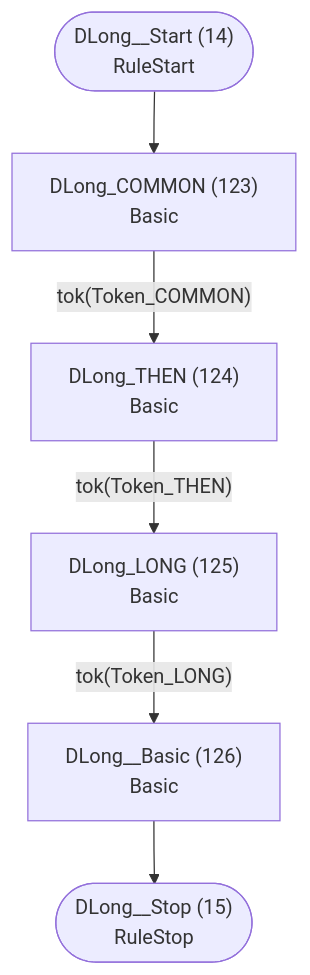
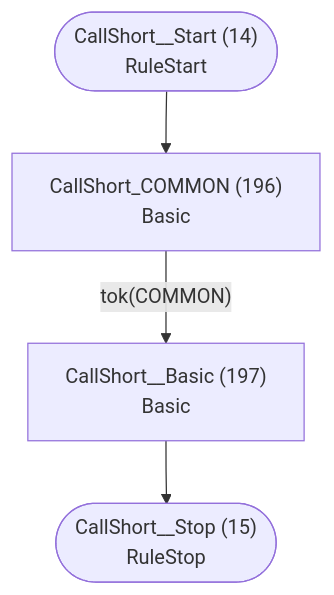
The eighth of 46 diagrams in internal/languages/completion/atn.md (TypeFox/fastbelt), drawn with Mermaid before and after one commit. The commit also changed other lines of this file and 58 other files, not shown here.

````diff
--- a/internal/languages/completion/atn.md
+++ b/internal/languages/completion/atn.md
@@ -250,15 +317,11 @@
 ```mermaid
 flowchart TD
-    q14(["DLong__Start (14)<br/>RuleStart"])
-    q15(["DLong__Stop (15)<br/>RuleStop"])
-    q123["DLong_COMMON (123)<br/>Basic<br/>"]
-    q124["DLong_THEN (124)<br/>Basic<br/>"]
-    q125["DLong_LONG (125)<br/>Basic<br/>"]
-    q126["DLong__Basic (126)<br/>Basic<br/>"]
+    q14(["CallShort__Start (14)<br/>RuleStart"])
+    q15(["CallShort__Stop (15)<br/>RuleStop"])
+    q196["CallShort_COMMON (196)<br/>Basic<br/>"]
+    q197["CallShort__Basic (197)<br/>Basic<br/>"]
 
-    q14 --> q123
-    q123 -->|"tok(Token_COMMON)"| q124
-    q124 -->|"tok(Token_THEN)"| q125
-    q125 -->|"tok(Token_LONG)"| q126
-    q126 --> q15
+    q14 --> q196
+    q196 -->|"tok(COMMON)"| q197
+    q197 --> q15
 ```
````
